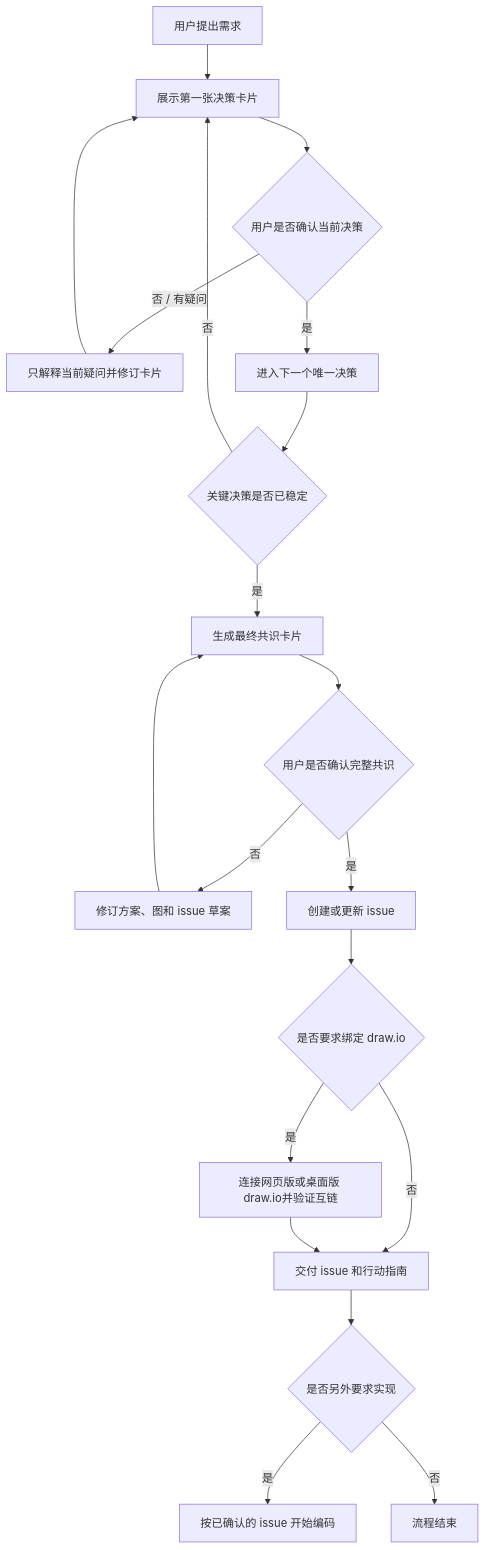
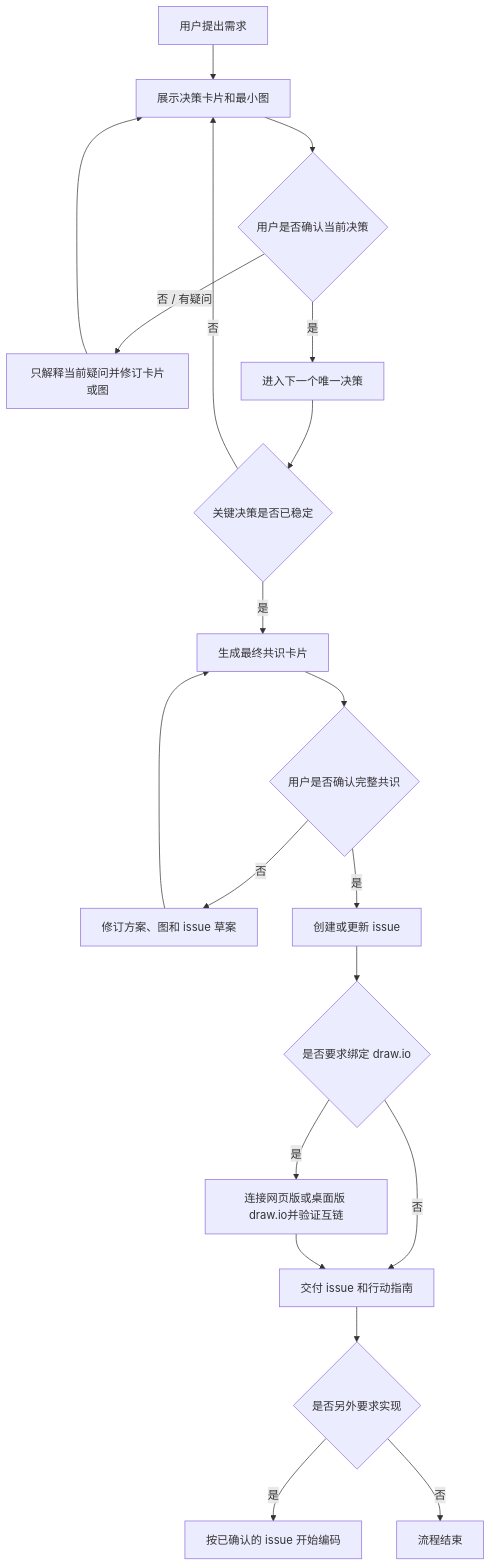
One commit to Chengyunlai/build-it-up changed the diagram in README.md. Above: the diagram before and after it, drawn with Mermaid. The commit also changed other lines of this file and 3 other files, not shown here.

````diff
--- a/README.md
+++ b/README.md
@@ -27,22 +29,22 @@
 ```mermaid
 flowchart TD
-    A[用户提出需求] --> B[展示第一张决策卡片]
+    A[用户提出需求] --> B[展示决策卡片和最小图]
     B --> C{用户是否确认当前决策}
-    C -- 否 / 有疑问 --> D[只解释当前疑问并修订卡片]
+    C -- 否 / 有疑问 --> D[只解释当前疑问并修订卡片或图]
     D --> B
     C -- 是 --> E[进入下一个唯一决策]
     E --> F{关键决策是否已稳定}
     F -- 否 --> B
     F -- 是 --> G[生成最终共识卡片]
     G --> H{用户是否确认完整共识}
     H -- 否 --> I[修订方案、图和 issue 草案]
     I --> G
     H -- 是 --> J[创建或更新 issue]
     J --> K{是否要求绑定 draw.io}
     K -- 否 --> L[交付 issue 和行动指南]
     K -- 是 --> M[连接网页版或桌面版 draw.io并验证互链]
     M --> L
     L --> N{是否另外要求实现}
     N -- 是 --> O[按已确认的 issue 开始编码]
     N -- 否 --> P[流程结束]
 ```
````
